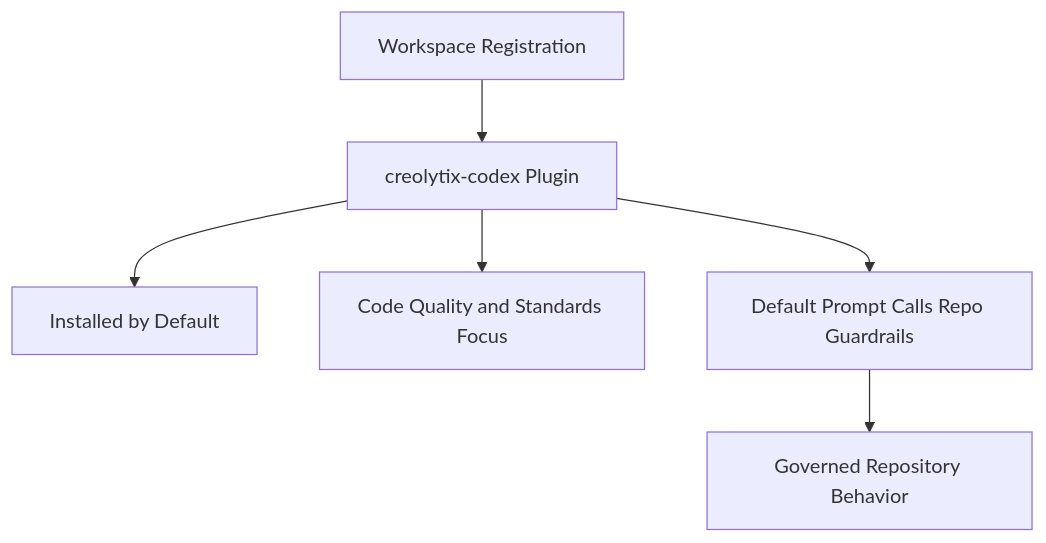
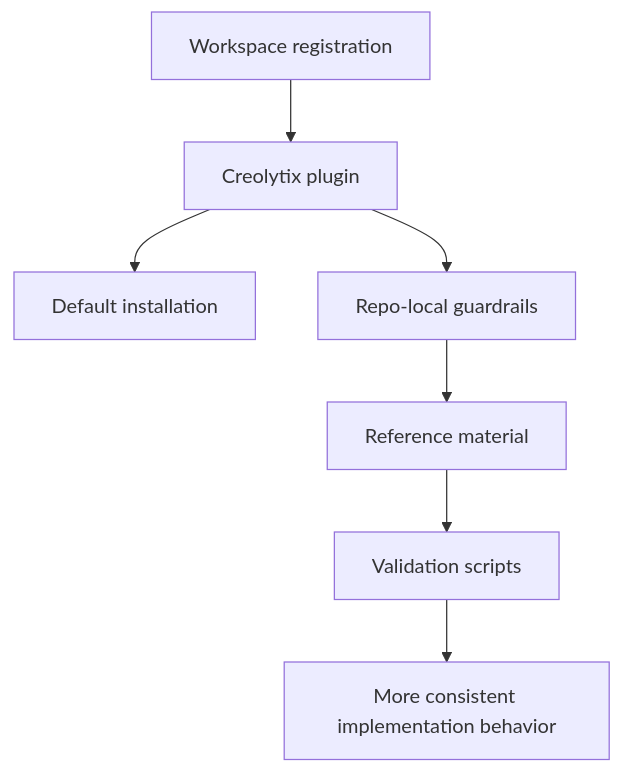
Before and after one commit to refat-asadullah-creolytix-dev/refat-asadullah-creolytix-dev: the eighth of 12 diagrams in creolytix-ai-delivery-operating-model.md, drawn with Mermaid. The commit also changed other lines of this file, not shown here.

````diff
--- a/creolytix-ai-delivery-operating-model.md
+++ b/creolytix-ai-delivery-operating-model.md
@@ -263,15 +229,13 @@
 ```mermaid
 flowchart TB
-    A[Workspace Registration]
-    B[creolytix-codex Plugin]
-    C[Installed by Default]
-    D[Code Quality and Standards Focus]
-    E[Default Prompt Calls Repo Guardrails]
-    F[Governed Repository Behavior]
+    A[Workspace registration]
+    B[Creolytix plugin]
+    C[Default installation]
+    D[Repo-local guardrails]
+    E[Reference material]
+    F[Validation scripts]
+    G[More consistent implementation behavior]
 
-    A --> B
-    B --> C
-    B --> D
-    B --> E
-    E --> F
+    A --> B --> C
+    B --> D --> E --> F --> G
 ```
````
